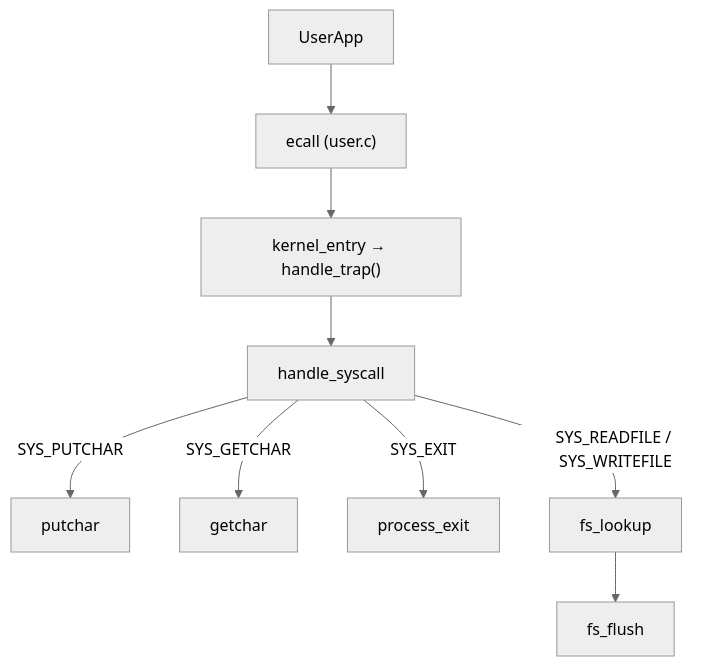
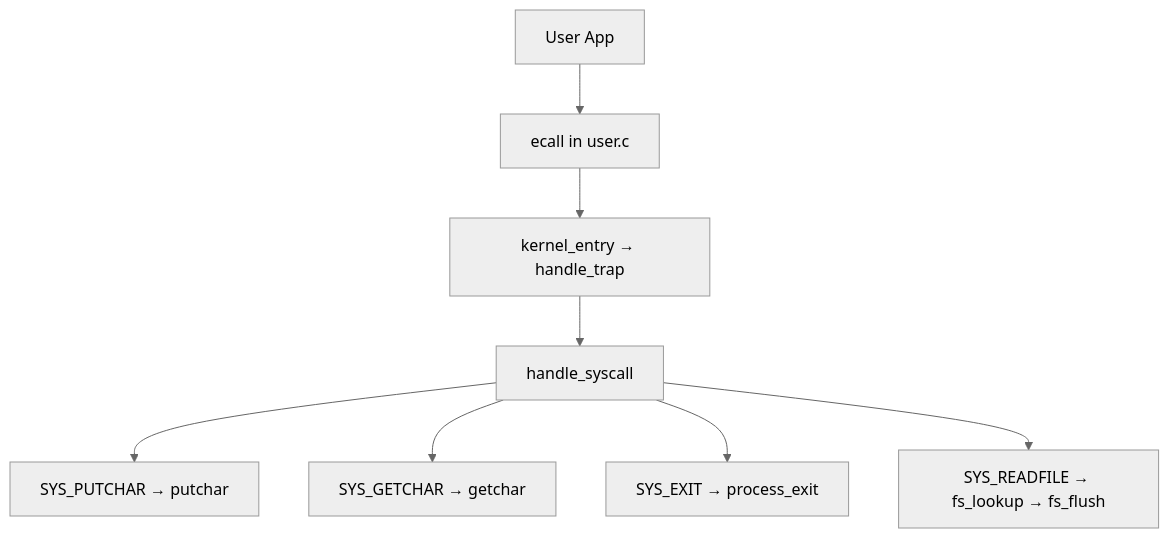
The third of 9 diagrams in OS/README.md (phUR99/Project), drawn with Mermaid (neutral theme) before and after one commit. The commit also changed other lines of this file, not shown here.

Commit message:
OS mermaid 오류 수정

````diff
--- a/OS/README.md
+++ b/OS/README.md
@@ -54,11 +54,10 @@
 ```mermaid
 graph TD
-    UserApp --> Syscall["ecall (user.c)"]
-    Syscall --> Trap["kernel_entry → handle_trap()"]
-    Trap --> handle_syscall
-    handle_syscall -->|"SYS_PUTCHAR"| putchar
-    handle_syscall -->|"SYS_GETCHAR"| getchar
-    handle_syscall -->|"SYS_EXIT"| process_exit
-    handle_syscall -->|"SYS_READFILE / SYS_WRITEFILE"| fs_lookup
-    fs_lookup --> fs_flush
+    user_app[User App] --> syscall_call[ecall in user.c]
+    syscall_call --> trap_entry[kernel_entry → handle_trap]
+    trap_entry --> handle_syscall
+    handle_syscall --> putchar_call[SYS_PUTCHAR → putchar]
+    handle_syscall --> getchar_call[SYS_GETCHAR → getchar]
+    handle_syscall --> exit_call[SYS_EXIT → process_exit]
+    handle_syscall --> readfile_call[SYS_READFILE → fs_lookup → fs_flush]
 ```
````
